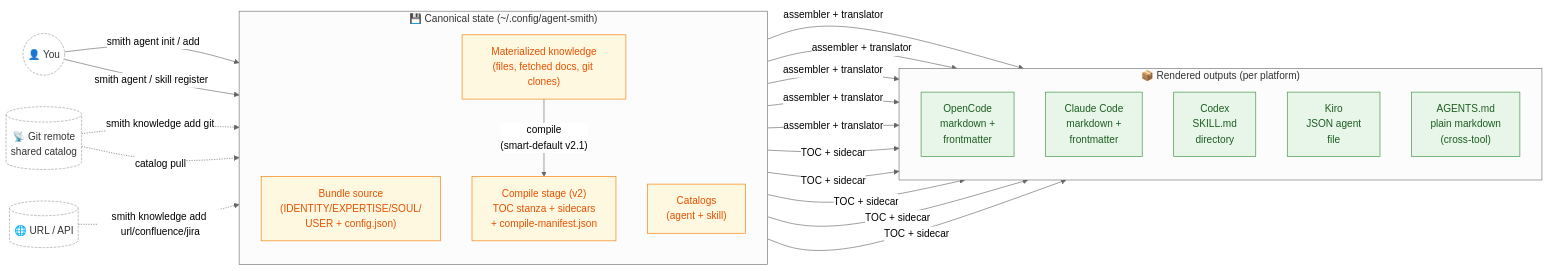
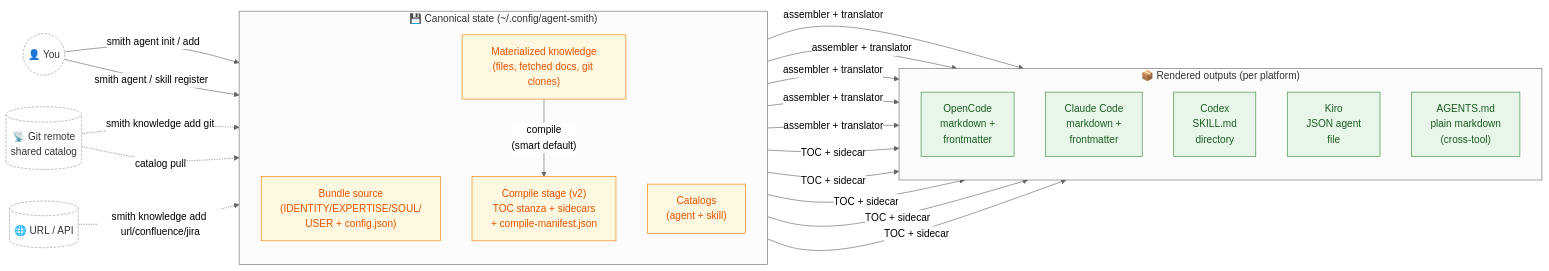
The second of 6 diagrams in ARCHITECTURE.md (eliharoun/agent-smith), drawn with Mermaid (neutral theme) before and after one commit. The commit also changed other lines of this file and 10 other files, not shown here.

````diff
--- a/ARCHITECTURE.md
+++ b/ARCHITECTURE.md
@@ -104,52 +104,52 @@
 ```mermaid
 flowchart LR
     %% Inputs from author/user
     Author(("👤 You"))
     GitSrc[("📡 Git remote<br/>shared catalog")]
     URLSrc[("🌐 URL / API")]
 
     %% Smith-owned canonical layer
     subgraph Smith["💾 Canonical state (~/.config/agent-smith)"]
         direction TB
         BundleData["Bundle source<br/>(IDENTITY/EXPERTISE/SOUL/<br/>USER + config.json)"]
         KnowledgeData["Materialized knowledge<br/>(files, fetched docs, git clones)"]
         Compiled["Compile stage (v2)<br/>TOC stanza + sidecars<br/>+ compile-manifest.json"]
         RegistryData["Catalogs<br/>(agent + skill)"]
     end
 
     %% Rendered, per-platform outputs
     subgraph Rendered["📦 Rendered outputs (per platform)"]
         direction TB
         OCOut["OpenCode<br/>markdown +<br/>frontmatter"]
         CCOut["Claude Code<br/>markdown +<br/>frontmatter"]
         CXOut["Codex<br/>SKILL.md<br/>directory"]
         KROut["Kiro<br/>JSON agent<br/>file"]
         AMOut["AGENTS.md<br/>plain markdown<br/>(cross-tool)"]
     end
 
     Author -->|smith agent init / add| BundleData
     Author -->|smith agent / skill register| RegistryData
     GitSrc -.->|smith knowledge add git| KnowledgeData
     URLSrc -.->|smith knowledge add url/confluence/jira| KnowledgeData
     GitSrc -.->|catalog pull| RegistryData
 
-    KnowledgeData -->|"compile<br/>(smart-default v2.1)"| Compiled
+    KnowledgeData -->|"compile<br/>(smart default)"| Compiled
 
     BundleData -->|assembler + translator| OCOut
     BundleData -->|assembler + translator| CCOut
     BundleData -->|assembler + translator| CXOut
     BundleData -->|assembler + translator| KROut
     BundleData -->|assembler + translator| AMOut
     Compiled -->|TOC + sidecar| OCOut
     Compiled -->|TOC + sidecar| CCOut
     Compiled -->|TOC + sidecar| CXOut
     Compiled -->|TOC + sidecar| KROut
     Compiled -->|TOC + sidecar| AMOut
 
     classDef src fill:#fff,stroke:#999,color:#333,stroke-dasharray: 4 2
     classDef canonical fill:#fff8e1,stroke:#f57c00,color:#e65100
     classDef rendered fill:#e8f5e9,stroke:#388e3c,color:#1b5e20
     class Author,GitSrc,URLSrc src
     class BundleData,KnowledgeData,Compiled,RegistryData canonical
     class OCOut,CCOut,CXOut,KROut,AMOut rendered
 ```
````
